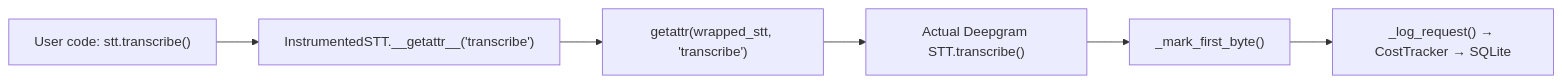
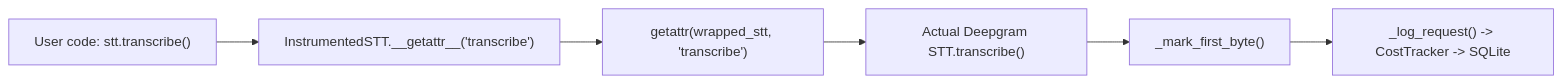
Before and after one commit to mahimailabs/voicegateway: the second of 2 diagrams in docs/architecture/middleware.md, drawn with Mermaid. The commit also changed other lines of this file and 4 other files, not shown here.

First line of the commit message:
docs(architecture): rewrite Architecture part 1 (P11a) (#93)

````diff
--- a/docs/architecture/middleware.md
+++ b/docs/architecture/middleware.md
@@ -210,8 +199,8 @@
 ```mermaid
 graph LR
     A["User code: stt.transcribe()"] --> B["InstrumentedSTT.__getattr__('transcribe')"]
     B --> C["getattr(wrapped_stt, 'transcribe')"]
     C --> D["Actual Deepgram STT.transcribe()"]
     D --> E["_mark_first_byte()"]
-    E --> F["_log_request() → CostTracker → SQLite"]
+    E --> F["_log_request() -> CostTracker -> SQLite"]
 ```
````
